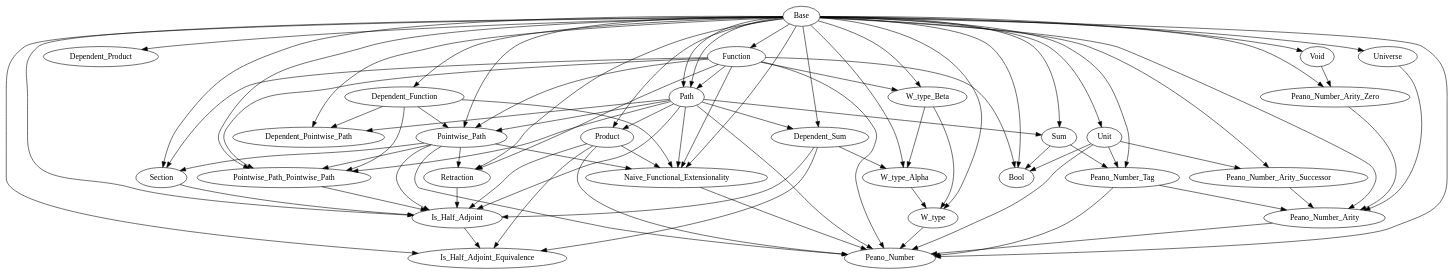
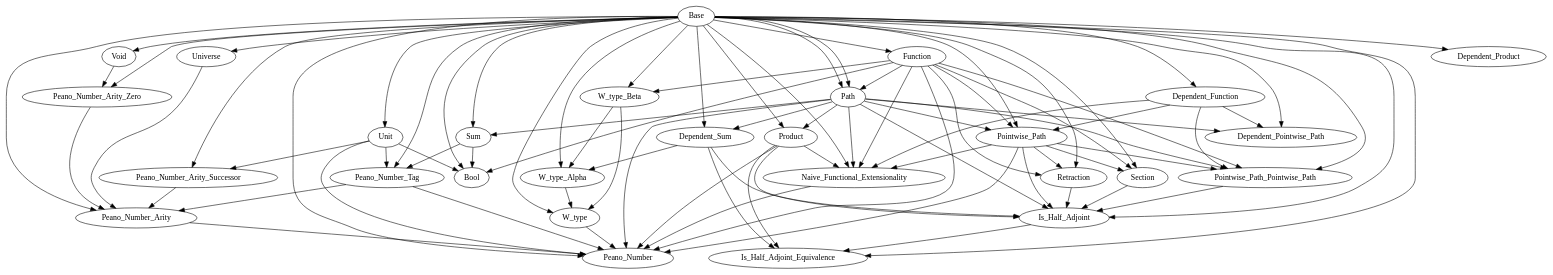
One commit to Hexirp/googology-in-coq changed the diagram in libraries/dependencies.gv. Above: the diagram before and after it, drawn with Graphviz. The commit also changed other lines of this file and 2 other files, not shown here.

```diff
--- a/libraries/dependencies.gv
+++ b/libraries/dependencies.gv
@@ -1,115 +1,115 @@
 digraph Dependencies {
   # Base
   # Dependent_Function
   "Base" -> "Dependent_Function";
   # Function
   "Base" -> "Function";
-  # Dependent_Product
-  "Base" -> "Dependent_Product";
   # Path
   "Base" -> "Path";
   "Function" -> "Path";
+  # Void
+  "Base" -> "Void";
+  # Unit
+  "Base" -> "Unit";
+  "Base" -> "Path";
+  # Sum
+  "Base" -> "Sum";
+  "Path" -> "Sum";
+  # Product
+  "Base" -> "Product";
+  "Path" -> "Product";
   # Dependent_Sum
   "Base" -> "Dependent_Sum";
   "Path" -> "Dependent_Sum";
-  # Product
-  "Base" -> "Product";
-  "Path" -> "Product";
-  # Sum
-  "Base" -> "Sum";
-  "Path" -> "Sum";
-  # Unit
-  "Base" -> "Unit";
-  "Base" -> "Path";
-  # Void
-  "Base" -> "Void";
+  # Dependent_Product
+  "Base" -> "Dependent_Product";
   # W_type_Beta
   "Base" -> "W_type_Beta";
   "Function" -> "W_type_Beta";
   # W_type_Alpha
   "Base" -> "W_type_Alpha";
   "Dependent_Sum" -> "W_type_Alpha";
   "W_type_Beta" -> "W_type_Alpha";
   # W_type
   "Base" -> "W_type";
   "W_type_Alpha" -> "W_type";
   "W_type_Beta" -> "W_type";
   # Universe
   "Base" -> "Universe";
   # Dependent_Pointwise_Path
   "Base" -> "Dependent_Pointwise_Path";
   "Dependent_Function" -> "Dependent_Pointwise_Path";
   "Path" -> "Dependent_Pointwise_Path";
   # Pointwise_Path
   "Base" -> "Pointwise_Path";
   "Dependent_Function" -> "Pointwise_Path";
   "Function" -> "Pointwise_Path";
   "Path" -> "Pointwise_Path";
   # Pointwise_Path_Pointwise_Path
   "Base" -> "Pointwise_Path_Pointwise_Path";
   "Dependent_Function" -> "Pointwise_Path_Pointwise_Path";
   "Function" -> "Pointwise_Path_Pointwise_Path";
   "Path" -> "Pointwise_Path_Pointwise_Path";
   "Pointwise_Path" -> "Pointwise_Path_Pointwise_Path";
   # Section
   "Base" -> "Section";
   "Function" -> "Section";
   "Pointwise_Path" -> "Section";
   # Retraction
   "Base" -> "Retraction";
   "Function" -> "Retraction";
   "Pointwise_Path" -> "Retraction";
   # Is_Half_Adjoint
   "Base" -> "Is_Half_Adjoint";
   "Dependent_Sum" -> "Is_Half_Adjoint";
   "Product" -> "Is_Half_Adjoint";
   "Path" -> "Is_Half_Adjoint";
   "Pointwise_Path" -> "Is_Half_Adjoint";
   "Pointwise_Path_Pointwise_Path" -> "Is_Half_Adjoint";
   "Section" -> "Is_Half_Adjoint";
   "Retraction" -> "Is_Half_Adjoint";
   # Is_Half_Adjoint_Equivalence
   "Base" -> "Is_Half_Adjoint_Equivalence";
   "Dependent_Sum" -> "Is_Half_Adjoint_Equivalence";
   "Product" -> "Is_Half_Adjoint_Equivalence";
   "Is_Half_Adjoint" -> "Is_Half_Adjoint_Equivalence";
   # Naive_Functional_Extensionality
   "Base" -> "Naive_Functional_Extensionality";
   "Dependent_Function" -> "Naive_Functional_Extensionality";
   "Function" -> "Naive_Functional_Extensionality";
   "Product" -> "Naive_Functional_Extensionality";
   "Path" -> "Naive_Functional_Extensionality";
   "Pointwise_Path" -> "Naive_Functional_Extensionality";
   # Bool
   "Base" -> "Bool";
   "Function" -> "Bool";
   "Sum" -> "Bool";
   "Unit" -> "Bool";
   # Peano_Number_Tag
   "Base" -> "Peano_Number_Tag";
   "Sum" -> "Peano_Number_Tag";
   "Unit" -> "Peano_Number_Tag";
   # Peano_Number_Arity_Zero
   "Base" -> "Peano_Number_Arity_Zero";
   "Void" -> "Peano_Number_Arity_Zero";
   # Peano_Number_Arity_Successor
   "Base" -> "Peano_Number_Arity_Successor";
   "Unit" -> "Peano_Number_Arity_Successor";
   # Peano_Number_Arity
   "Base" -> "Peano_Number_Arity";
   "Universe" -> "Peano_Number_Arity";
   "Peano_Number_Tag" -> "Peano_Number_Arity";
   "Peano_Number_Arity_Zero" -> "Peano_Number_Arity";
   "Peano_Number_Arity_Successor" -> "Peano_Number_Arity";
   # Peano_Number
   "Base" -> "Peano_Number";
   "Function" -> "Peano_Number";
   "Product" -> "Peano_Number";
   "Unit" -> "Peano_Number";
   "W_type" -> "Peano_Number";
   "Path" -> "Peano_Number";
   "Pointwise_Path" -> "Peano_Number";
   "Naive_Functional_Extensionality" -> "Peano_Number";
   "Peano_Number_Tag" -> "Peano_Number";
   "Peano_Number_Arity" -> "Peano_Number";
 }
```
